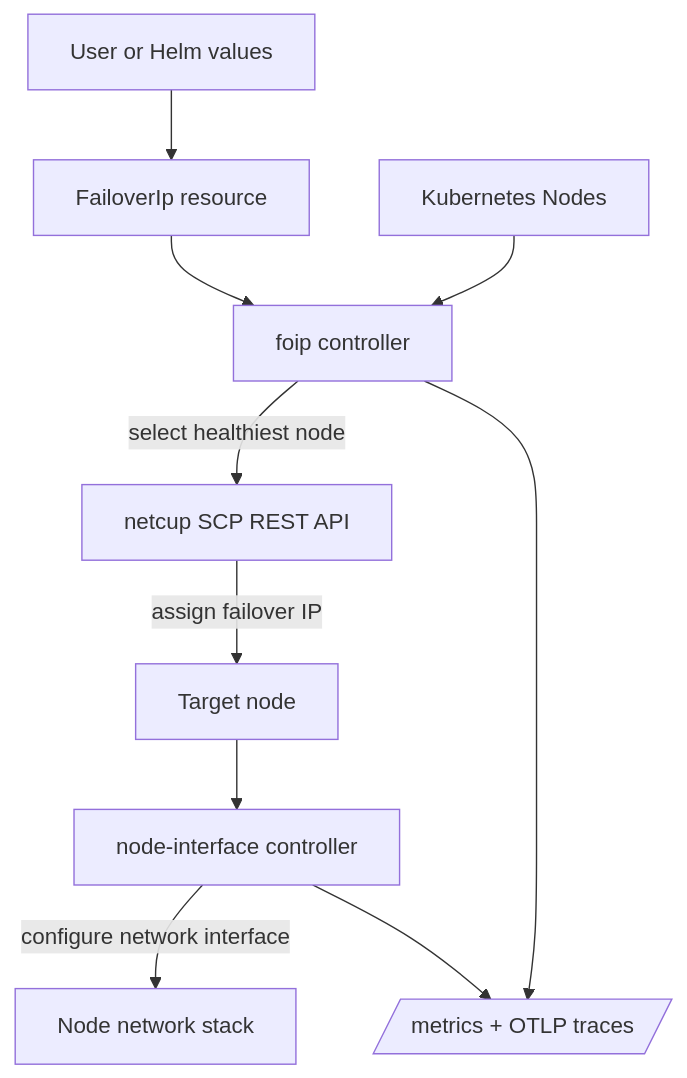
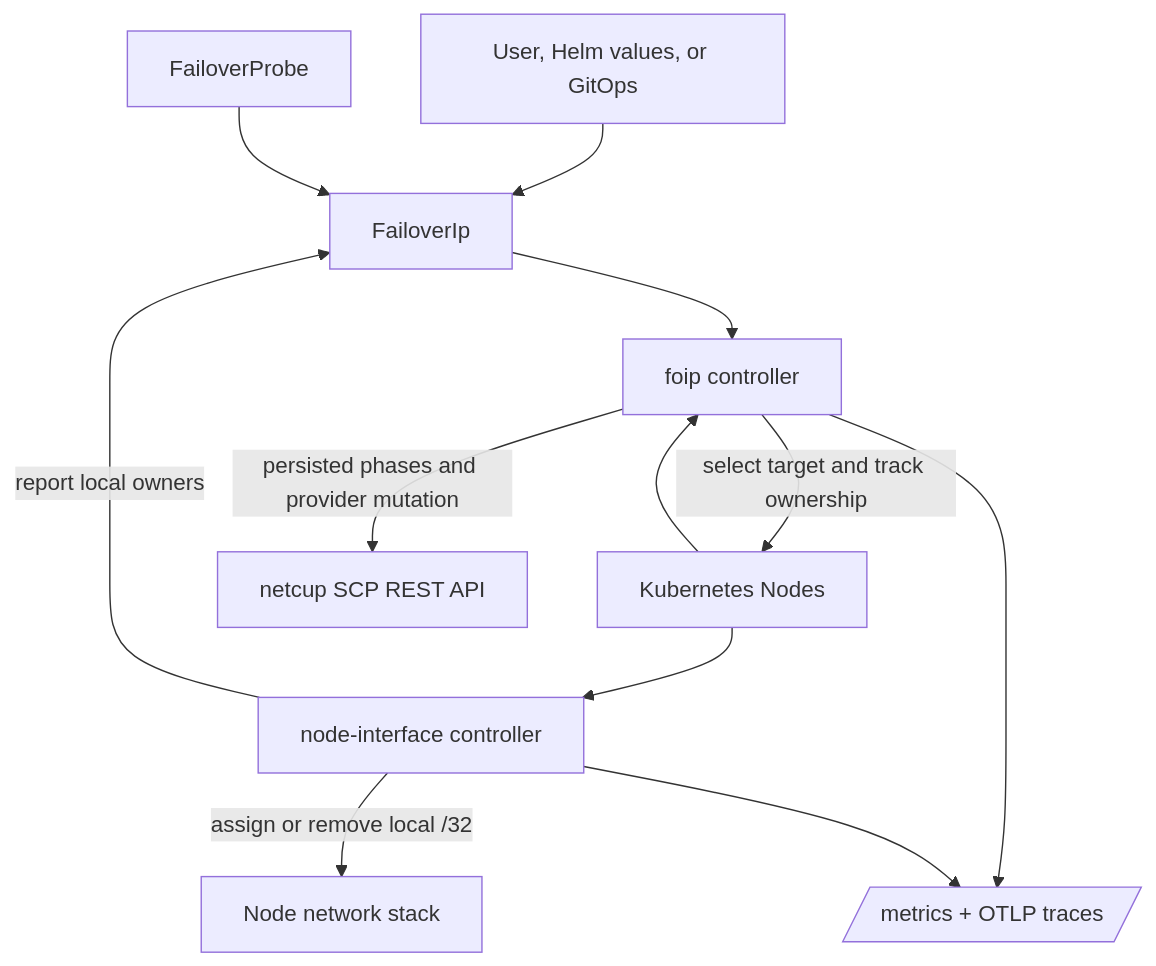
The diagram in ARCHITECTURE.md (thorion3006/foip-operator), drawn with Mermaid before and after one commit. The commit also changed other lines of this file and 1 other file, not shown here.

Commit message:
docs: align README and architecture with current release

````diff
--- a/ARCHITECTURE.md
+++ b/ARCHITECTURE.md
@@ -16,12 +19,14 @@
 ```mermaid
 flowchart TD
-  U[User or Helm values] --> F[FailoverIp resource]
-  F --> C[foip controller]
-  N[Kubernetes Nodes] --> C
-  C -->|select healthiest node| S[netcup SCP REST API]
-  S -->|assign failover IP| T[Target node]
-  T --> D[node-interface controller]
-  D -->|configure network interface| I[Node network stack]
+  U[User, Helm values, or GitOps] --> F[FailoverIp]
+  P[FailoverProbe] --> F
+  N[Kubernetes Nodes] --> C[foip controller]
+  F --> C
+  C -->|persisted phases and provider mutation| S[netcup SCP REST API]
+  C -->|select target and track ownership| N
+  N --> D[node-interface controller]
+  D -->|assign or remove local /32| I[Node network stack]
+  D -->|report local owners| F
   C --> M[/metrics + OTLP traces/]
   D --> M
 ```
````
